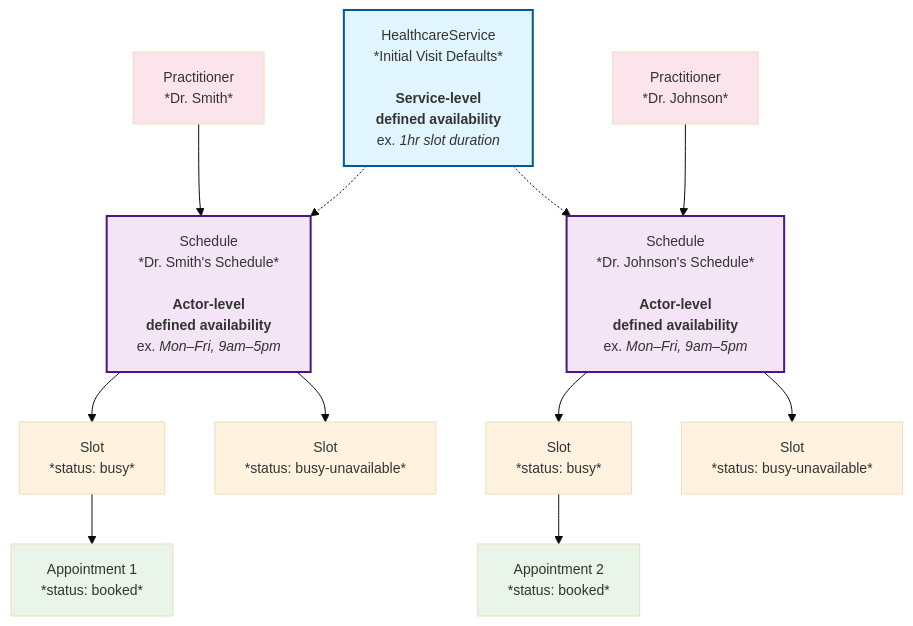
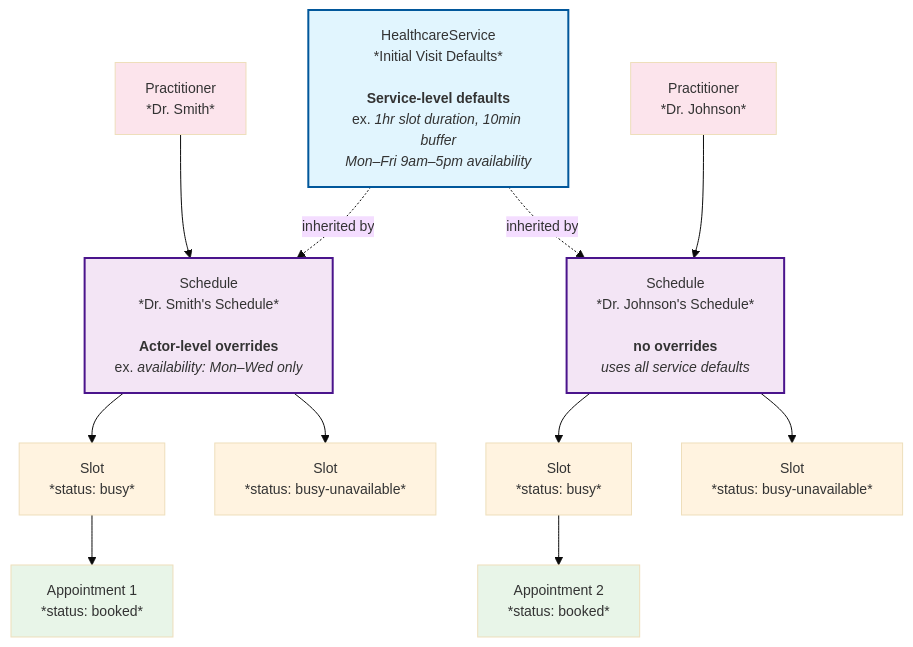
Before and after one commit to medplum/medplum: the first of 5 diagrams in packages/docs/docs/scheduling/defining-availability.md, drawn with Mermaid. The commit also changed other lines of this file, not shown here.

First line of the commit message:
Update `defining-availablity` docs for inherited parameters

````diff
--- a/packages/docs/docs/scheduling/defining-availability.md
+++ b/packages/docs/docs/scheduling/defining-availability.md
@@ -14,28 +18,28 @@
 ```mermaid
 %%{init: {'theme':'base', 'themeVariables': {'fontSize':'14px'}, 'flowchart': {'useMaxWidth': false, 'htmlLabels': true}}}%%
 graph TD
     C1[Practitioner<br/>*Dr. Smith*] --> B1
-    A[HealthcareService<br/>*Initial Visit Defaults*<br/><br/><b>Service-level<br/>defined availability</b><br/>ex. <i>1hr slot duration</i>] -.-> B1[Schedule<br/>*Dr. Smith's Schedule*<br/><br/><b>Actor-level<br/>defined availability</b><br/>ex. <i>Mon–Fri, 9am–5pm</i>]
-    A -.-> B2[Schedule<br/>*Dr. Johnson's Schedule*<br/><br/><b>Actor-level<br/>defined availability</b><br/>ex. <i>Mon–Fri, 9am–5pm</i>]
+    A[HealthcareService<br/>*Initial Visit Defaults*<br/><br/><b>Service-level defaults</b><br/>ex. <i>1hr slot duration, 10min buffer</i><br/><i>Mon–Fri 9am–5pm availability</i>] -.->|inherited by| B1[Schedule<br/>*Dr. Smith's Schedule*<br/><br/><b>Actor-level overrides</b><br/>ex. <i>availability: Mon–Wed only</i>]
+    A -.->|inherited by| B2[Schedule<br/>*Dr. Johnson's Schedule*<br/><br/><b>no overrides</b><br/><i>uses all service defaults</i>]
     C2[Practitioner<br/>*Dr. Johnson*] --> B2
 
     B1 --> D1[Slot<br/>*status: busy*]
     B1 --> D2[Slot<br/>*status: busy-unavailable*]
     B2 --> D3[Slot<br/>*status: busy*]
     B2 --> D4[Slot<br/>*status: busy-unavailable*]
 
     D1 --> E1[Appointment 1<br/>*status: booked*]
     D3 --> E2[Appointment 2<br/>*status: booked*]
 
     style A fill:#e1f5fe,stroke:#01579b,stroke-width:2px
     style B1 fill:#f3e5f5,stroke:#4a148c,stroke-width:2px
     style B2 fill:#f3e5f5,stroke:#4a148c,stroke-width:2px
     style C1 fill:#fce4ec
     style C2 fill:#fce4ec
     style D1 fill:#fff3e0
     style D2 fill:#fff3e0
     style D3 fill:#fff3e0
     style D4 fill:#fff3e0
     style E1 fill:#e8f5e8
     style E2 fill:#e8f5e8
 ```
````
